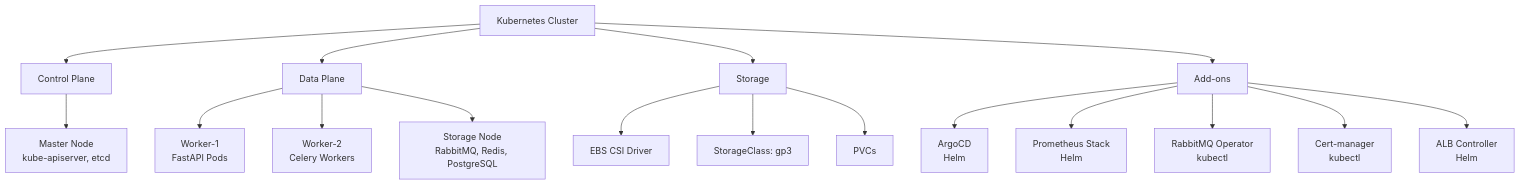
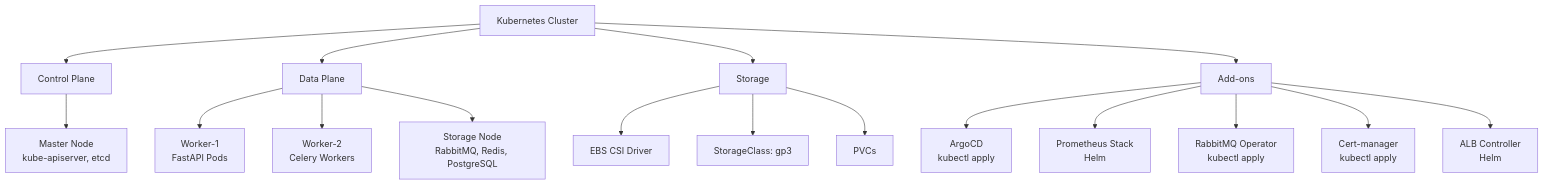
One commit to eco2-team/backend changed the seventh of 8 diagrams in docs/architecture/INFRASTRUCTURE_DEPLOYMENT_DIAGRAM.md. Above: the diagram before and after it, drawn with Mermaid. The commit also changed other lines of this file and 10 other files, not shown here.

````diff
--- a/docs/architecture/INFRASTRUCTURE_DEPLOYMENT_DIAGRAM.md
+++ b/docs/architecture/INFRASTRUCTURE_DEPLOYMENT_DIAGRAM.md
@@ -235,23 +276,23 @@
 ```mermaid
 graph TB
     A[Kubernetes Cluster] --> B[Control Plane]
     A --> C[Data Plane]
     A --> D[Storage]
     A --> E[Add-ons]
     
     B --> B1[Master Node<br/>kube-apiserver, etcd]
     
     C --> C1[Worker-1<br/>FastAPI Pods]
     C --> C2[Worker-2<br/>Celery Workers]
     C --> C3[Storage Node<br/>RabbitMQ, Redis, PostgreSQL]
     
     D --> D1[EBS CSI Driver]
     D --> D2[StorageClass: gp3]
     D --> D3[PVCs]
     
-    E --> E1[ArgoCD<br/>Helm]
+    E --> E1[ArgoCD<br/>kubectl apply]
     E --> E2[Prometheus Stack<br/>Helm]
-    E --> E3[RabbitMQ Operator<br/>kubectl]
-    E --> E4[Cert-manager<br/>kubectl]
+    E --> E3[RabbitMQ Operator<br/>kubectl apply]
+    E --> E4[Cert-manager<br/>kubectl apply]
     E --> E5[ALB Controller<br/>Helm]
 ```
````
